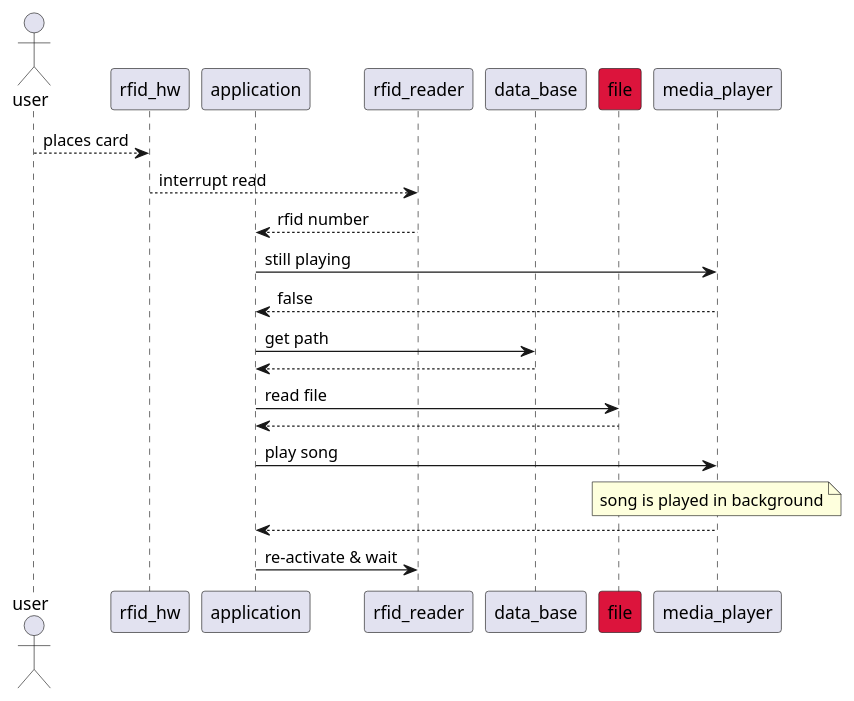
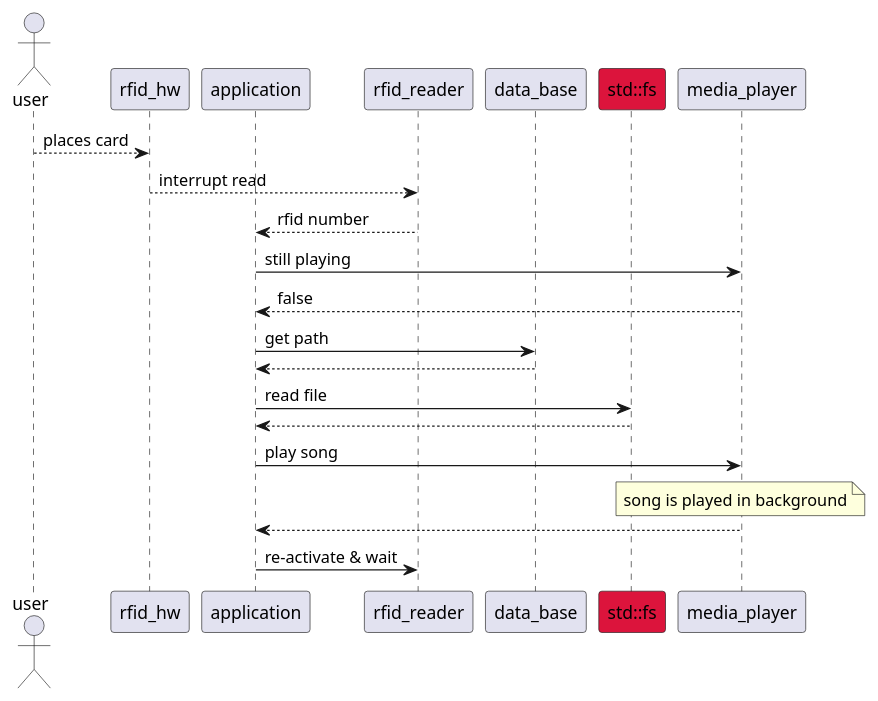
Before and after one commit to rusty-octopus/rfid_media_player: the second of 4 diagrams in Readme.md, drawn with PlantUML. The commit also changed other lines of this file, not shown here.

````diff
--- a/Readme.md
+++ b/Readme.md
@@ -53,25 +60,25 @@
 ```plantuml
 actor user
 participant rfid_hw
 participant application
 participant rfid_reader
 participant data_base
-participant file #Crimson
+participant "std::fs" as file #Crimson
 participant media_player
 
 user --> rfid_hw: places card
 rfid_hw --> rfid_reader: interrupt read
 rfid_reader --> application: rfid number
 application -> media_player: still playing
 media_player --> application: false 
 application -> data_base: get path
 data_base --> application
 application -> file: read file
 file --> application
 application -> media_player: play song
 note over media_player
 song is played in background
 end note
 media_player --> application
 application -> rfid_reader: re-activate & wait
 ```
````
